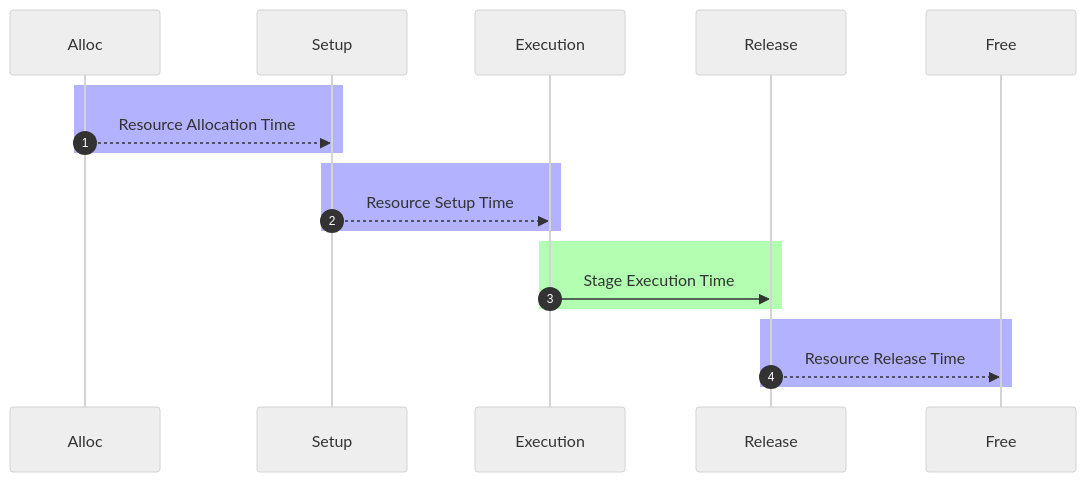
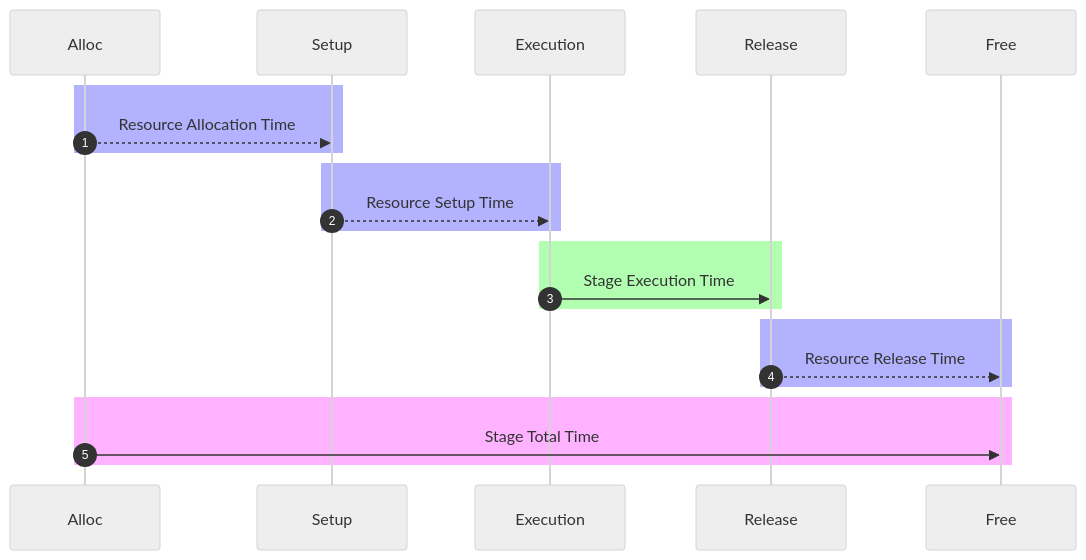
One commit to bampli/doc changed the third of 3 diagrams in docs/content/posts/times-of-gain.md. Above: the diagram before and after it, drawn with Mermaid (neutral theme). The commit also changed other lines of this file, not shown here.

Commit message:
add stage total time

```diff
--- a/docs/content/posts/times-of-gain.md
+++ b/docs/content/posts/times-of-gain.md
@@ -114,16 +114,19 @@
 {{< mermaid >}}
 sequenceDiagram
     autonumber
     rect rgb(0, 0, 255, .3)
         Alloc-->>Setup: Resource Allocation Time
     end
     rect rgb(0, 0, 255, .3)
         Setup-->>Execution: Resource Setup Time
     end
     rect rgb(0, 255, 0, .3)
         Execution->>Release: Stage Execution Time
     end
     rect rgb(0, 0, 255, .3)
         Release-->>Free: Resource Release Time
     end
+    rect rgb(255, 0, 255, .3)
+        Alloc->>Free: Stage Total Time
+    end
 {{< /mermaid >}}
```
